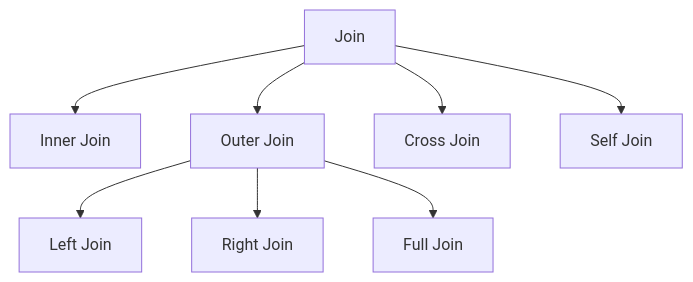
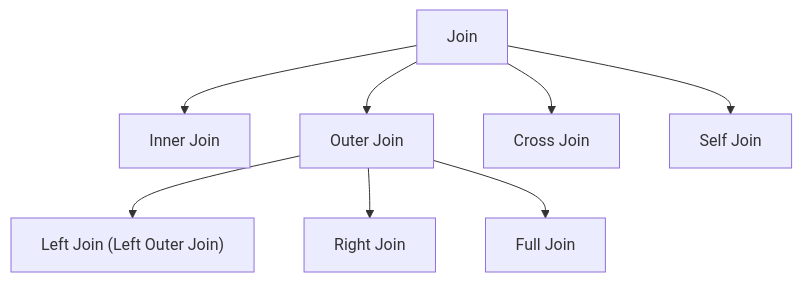
The diagram in components/database/Database_SQL_Join.md (wuyichen24/system-design-knowledge), drawn with Mermaid before and after one commit.

````diff
--- a/components/database/Database_SQL_Join.md
+++ b/components/database/Database_SQL_Join.md
@@ -4,10 +4,10 @@
 ```mermaid
 graph TD;
   A[Join] --> B1[Inner Join];
   A --> B2[Outer Join];
   A --> B3[Cross Join];
   A --> B4[Self Join];
-  B2 --> C1[Left Join];
+  B2 --> C1["Left Join (Left Outer Join)"];
   B2 --> C2[Right Join];
   B2 --> C3[Full Join];
 ```
````
